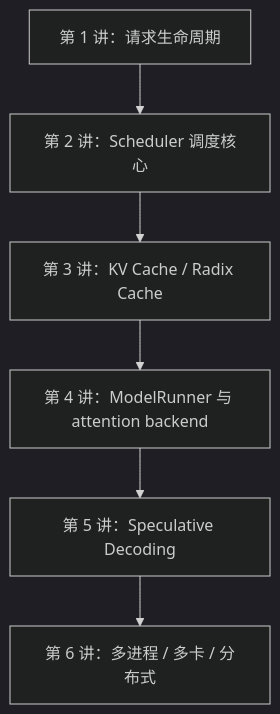
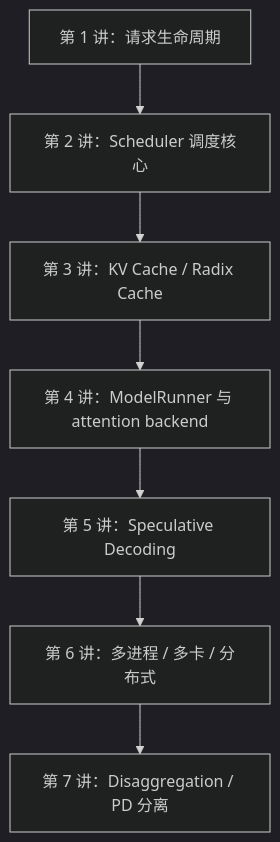
The diagram in learning/sglang-source-reading/README.md (cl-vv-h/SGLang_Tutor), drawn with Mermaid (dark theme) before and after one commit. The commit also changed other lines of this file and 1 other file, not shown here.

Commit message:
Add distributed execution source reading lesson

````diff
--- a/learning/sglang-source-reading/README.md
+++ b/learning/sglang-source-reading/README.md
@@ -7,8 +7,9 @@
 ```mermaid
 flowchart TD
   A["第 1 讲：请求生命周期"] --> B["第 2 讲：Scheduler 调度核心"]
   B --> C["第 3 讲：KV Cache / Radix Cache"]
   C --> D["第 4 讲：ModelRunner 与 attention backend"]
   D --> E["第 5 讲：Speculative Decoding"]
   E --> F["第 6 讲：多进程 / 多卡 / 分布式"]
+  F --> G["第 7 讲：Disaggregation / PD 分离"]
 ```
````
